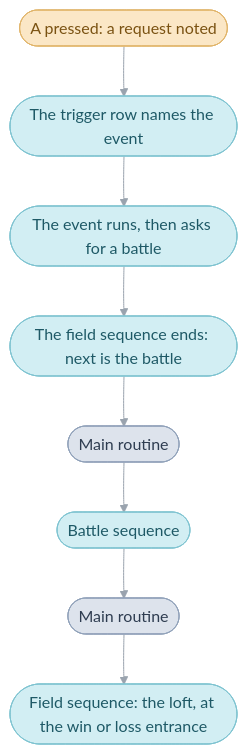
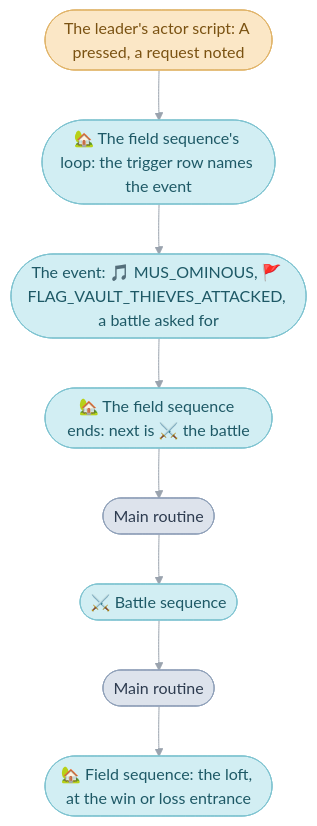
One commit to PascalPixel/alchemy changed the fourth of 4 diagrams in games/tbs/README.md. Above: the diagram before and after it, drawn with Mermaid. The commit also changed other lines of this file and 5 other files, not shown here.

````diff
--- a/games/tbs/README.md
+++ b/games/tbs/README.md
@@ -148,17 +198,17 @@
 ```mermaid
 %%{init: {"theme": "base", "themeVariables": {"lineColor": "#9AA3AE", "edgeLabelBackground": "#FFFFFF"}, "flowchart": {"curve": "basis", "padding": 12}}}%%
 flowchart TD
-  press(["A pressed: a request noted"]) --> row(["The trigger row names the event"])
-  row --> event(["The event runs, then asks for a battle"])
-  event --> leave(["The field sequence ends: next is the battle"])
+  press(["The leader's actor script: A pressed, a request noted"]) --> row(["🏡 The field sequence's loop: the trigger row names the event"])
+  row --> event(["The event: 🎵 MUS_OMINOUS, 🚩 FLAG_VAULT_THIEVES_ATTACKED, a battle asked for"])
+  event --> leave(["🏡 The field sequence ends: next is ⚔️ the battle"])
   leave --> main1(["Main routine"])
-  main1 --> battle(["Battle sequence"])
+  main1 --> battle(["⚔️ Battle sequence"])
   battle --> main2(["Main routine"])
-  main2 --> loft(["Field sequence: the loft, at the win or loss entrance"])
+  main2 --> loft(["🏡 Field sequence: the loft, at the win or loss entrance"])
   classDef mainRoutine fill:#DDE3EC,stroke:#8FA0B8,color:#2E3C50
   classDef sequence fill:#D2EEF3,stroke:#7FC3D0,color:#1E5966
   classDef request fill:#FBE7C6,stroke:#E0B46A,color:#7A5212
   class main1,main2 mainRoutine
   class row,event,leave,battle,loft sequence
   class press request
 ```
````
